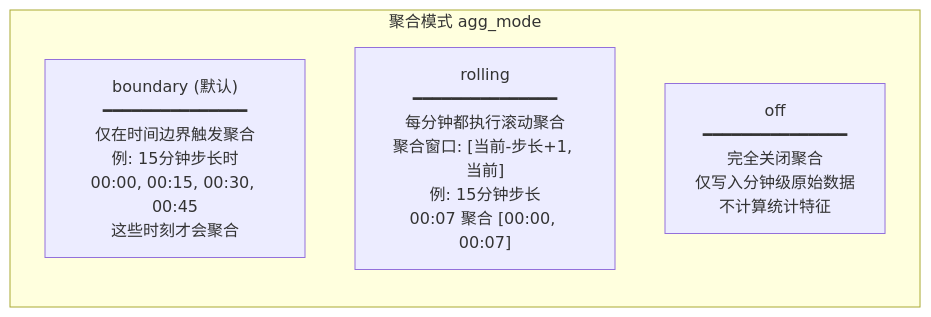
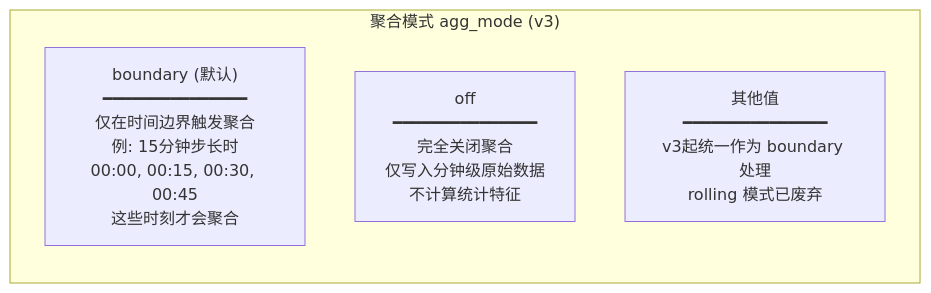
One commit to zhujiansamuel/YamagotiProjects changed the third of 6 diagrams in docs/TIMESTAMP_ALIGNMENT_TASK_FLOWCHART.md. Above: the diagram before and after it, drawn with Mermaid. The commit also changed other lines of this file and 3 other files, not shown here.

````diff
--- a/docs/TIMESTAMP_ALIGNMENT_TASK_FLOWCHART.md
+++ b/docs/TIMESTAMP_ALIGNMENT_TASK_FLOWCHART.md
@@ -163,11 +171,11 @@
 ```mermaid
 flowchart LR
-    subgraph modes["聚合模式 agg_mode"]
+    subgraph modes["聚合模式 agg_mode (v3)"]
         direction TB
         M1["boundary (默认)<br/>━━━━━━━━━━━━━━━<br/>仅在时间边界触发聚合<br/>例: 15分钟步长时<br/>00:00, 00:15, 00:30, 00:45<br/>这些时刻才会聚合"]
 
-        M2["rolling<br/>━━━━━━━━━━━━━━━<br/>每分钟都执行滚动聚合<br/>聚合窗口: [当前-步长+1, 当前]<br/>例: 15分钟步长<br/>00:07 聚合 [00:00, 00:07]"]
+        M2["off<br/>━━━━━━━━━━━━━━━<br/>完全关闭聚合<br/>仅写入分钟级原始数据<br/>不计算统计特征"]
 
-        M3["off<br/>━━━━━━━━━━━━━━━<br/>完全关闭聚合<br/>仅写入分钟级原始数据<br/>不计算统计特征"]
+        M3["其他值<br/>━━━━━━━━━━━━━━━<br/>v3起统一作为 boundary 处理<br/>rolling 模式已废弃"]
     end
 ```
````
